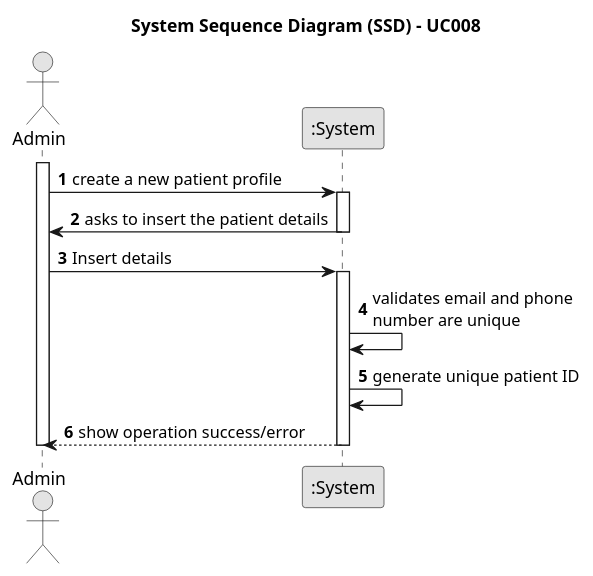
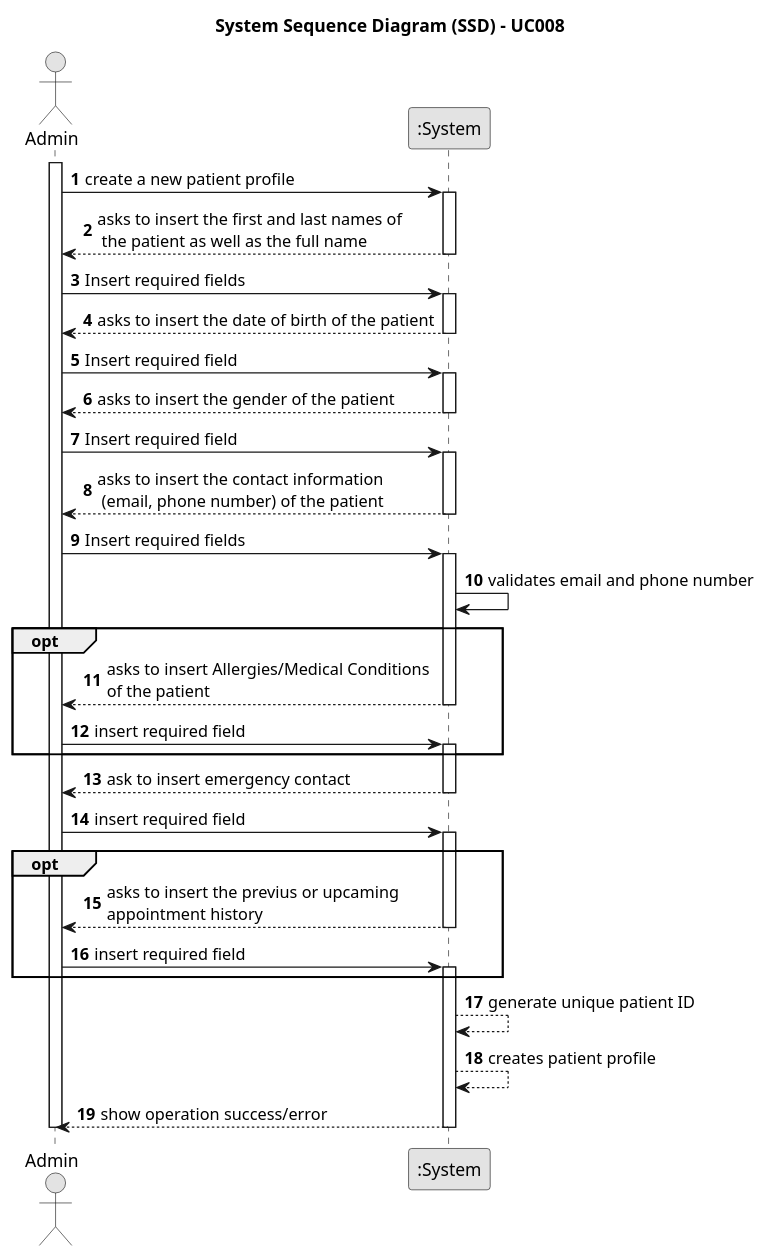
Before and after one commit to 1221124/sem5pi-24-25-g031: the diagram in docs/SprintA/UseCases/UC008/01.requirements-engineering/puml/uc008-system-sequence-diagram.puml, drawn with PlantUML.

Commit message:
#10 UC8
Update on SSD from UC 8

```diff
--- a/docs/SprintA/UseCases/UC008/01.requirements-engineering/puml/uc008-system-sequence-diagram.puml
+++ b/docs/SprintA/UseCases/UC008/01.requirements-engineering/puml/uc008-system-sequence-diagram.puml
@@ -1,33 +1,76 @@
 @startuml
 skinparam monochrome true
 skinparam packageStyle rectangle
 skinparam shadowing false
 autonumber
 
 title System Sequence Diagram (SSD) - UC008
 actor Admin as ADM
 participant ":System" as System
 
 activate ADM
 
     ADM -> System: create a new patient profile
 
     activate System
-        System -> ADM: asks to insert the patient details
 
+        System --> ADM: asks to insert the first and last names of\n the patient as well as the full name
     deactivate System
 
-    ADM -> System : Insert details
+    ADM -> System : Insert required fields
     activate System
+
+        System --> ADM: asks to insert the date of birth of the patient
+    deactivate System
+
+    ADM -> System : Insert required field
+    activate System
+
+        System --> ADM: asks to insert the gender of the patient
+    deactivate System
+
+    ADM -> System : Insert required field
+    activate System
+
+        System --> ADM: asks to insert the contact information\n (email, phone number) of the patient
+    deactivate System
+
+    ADM -> System : Insert required fields
+    activate System
+
+        System -> System: validates email and phone number
+
+    opt
+        System --> ADM: asks to insert Allergies/Medical Conditions \nof the patient
+        deactivate System
+
+        ADM -> System: insert required field
+        activate System
+
+    end opt
         
-        System -> System: validates email and phone \nnumber are unique
+    System --> ADM: ask to insert emergency contact
+    deactivate System
 
-        System -> System: generate unique patient ID
+    ADM -> System: insert required field
+    activate System
 
+    opt
+
+        System --> ADM: asks to insert the previus or upcaming \nappointment history
+        deactivate System
+
+        ADM -> System: insert required field
+        activate System
+
+    end opt
+
+        System --> System: generate unique patient ID
+        System --> System: creates patient profile
         System --> ADM: show operation success/error
     deactivate System
 
 
 deactivate ADM
 
 @enduml
```
